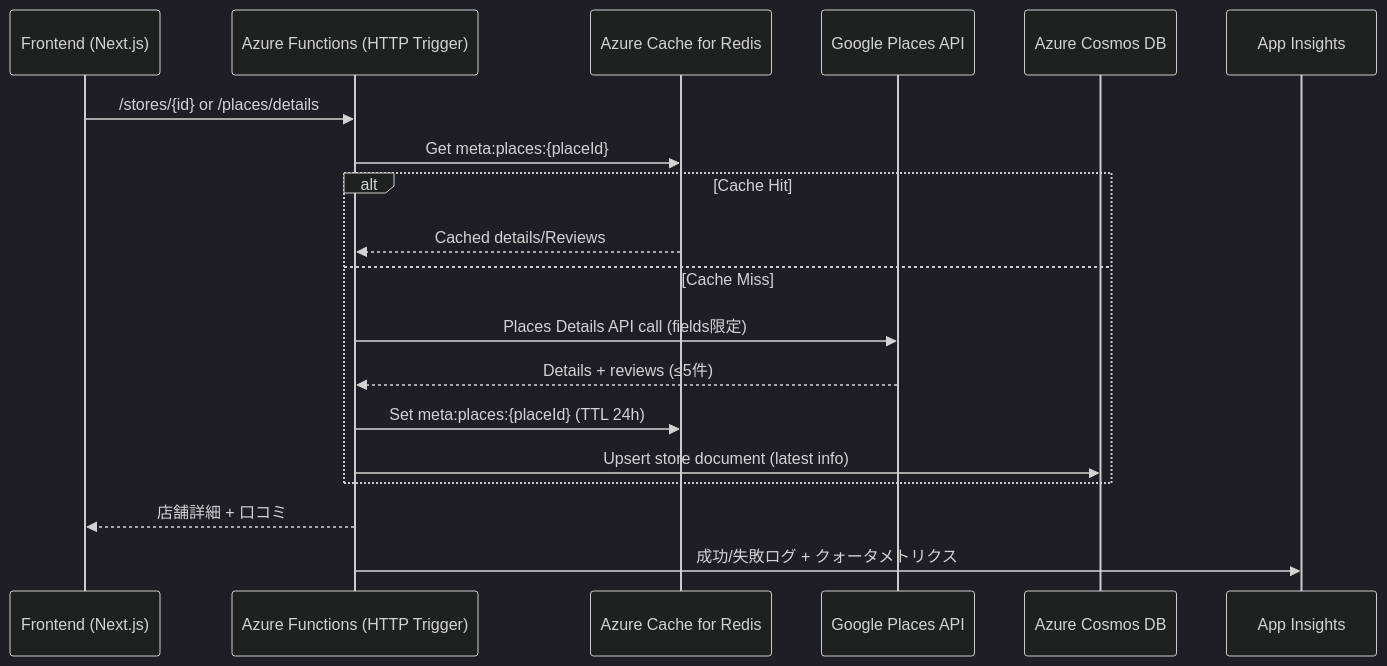
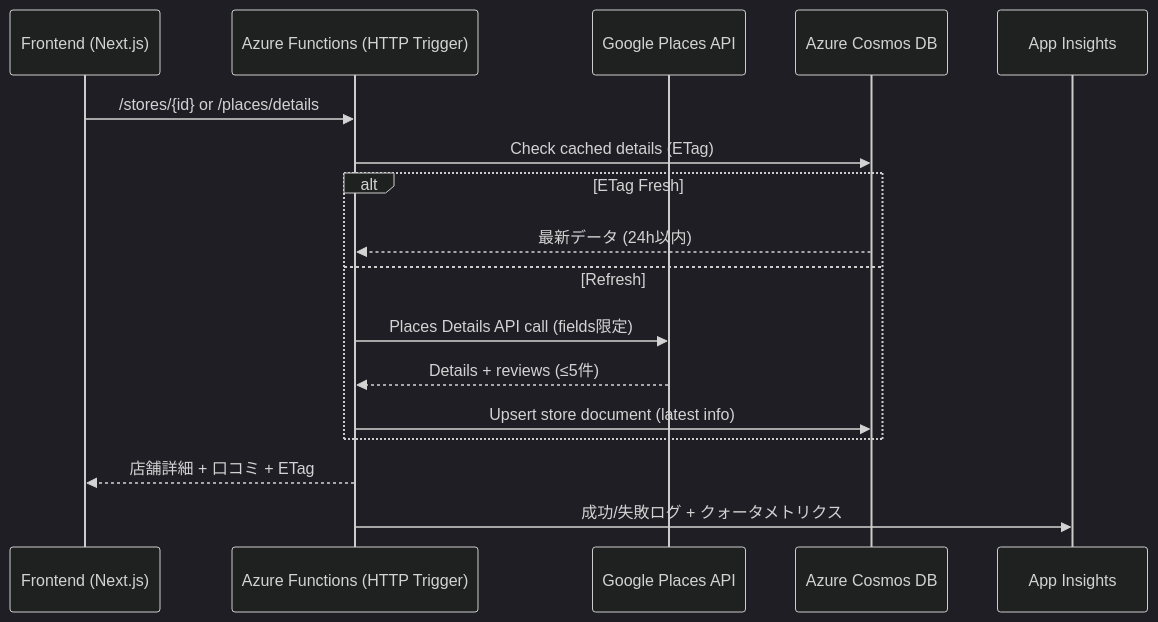
The first of 2 diagrams in docs/blueprint/dataflow/DataFlow_GooglePlaces.md (yusuke-sa/cafe-mapping), drawn with Mermaid (dark theme) before and after one commit. The commit also changed other lines of this file and 13 other files, not shown here.

````diff
--- a/docs/blueprint/dataflow/DataFlow_GooglePlaces.md
+++ b/docs/blueprint/dataflow/DataFlow_GooglePlaces.md
@@ -8,22 +8,20 @@
 ```mermaid
 sequenceDiagram
     participant Frontend as Frontend (Next.js)
     participant APIFunc as Azure Functions (HTTP Trigger)
-    participant Redis as Azure Cache for Redis
     participant Places as Google Places API
     participant Cosmos as Azure Cosmos DB
     participant Monitor as App Insights
 
     Frontend->>APIFunc: /stores/{id} or /places/details
-    APIFunc->>Redis: Get meta:places:{placeId}
-    alt Cache Hit
-        Redis-->>APIFunc: Cached details/Reviews
-    else Cache Miss
+    APIFunc->>Cosmos: Check cached details (ETag)
+    alt ETag Fresh
+        Cosmos-->>APIFunc: 最新データ (24h以内)
+    else Refresh
         APIFunc->>Places: Places Details API call (fields限定)
         Places-->>APIFunc: Details + reviews (≤5件)
-        APIFunc->>Redis: Set meta:places:{placeId} (TTL 24h)
         APIFunc->>Cosmos: Upsert store document (latest info)
     end
-    APIFunc-->>Frontend: 店舗詳細 + 口コミ
+    APIFunc-->>Frontend: 店舗詳細 + 口コミ + ETag
     APIFunc->>Monitor: 成功/失敗ログ + クォータメトリクス
 ```
````
